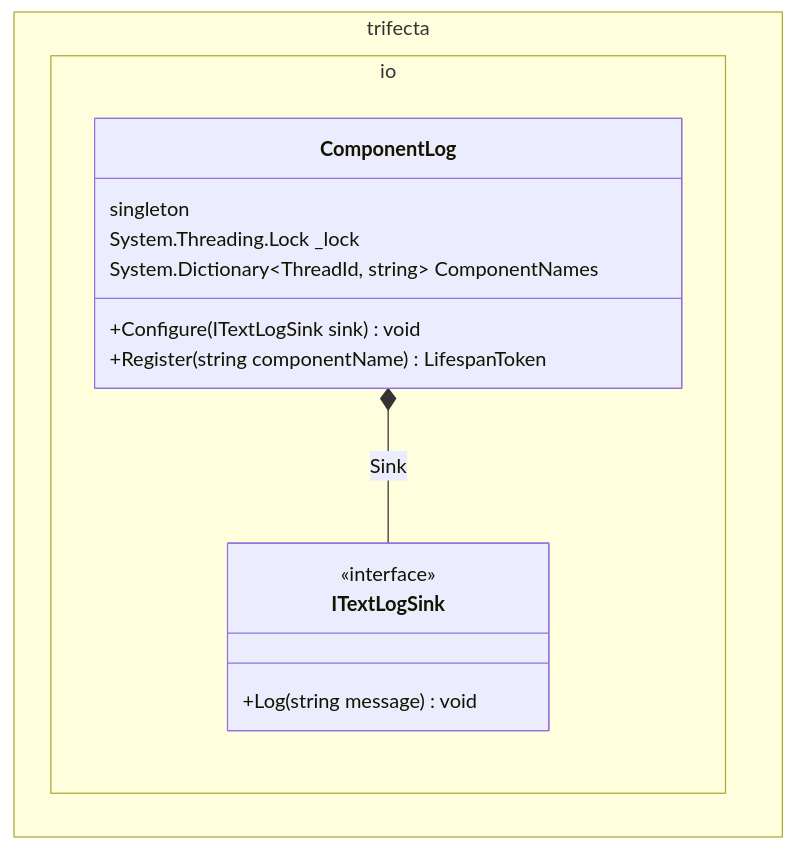
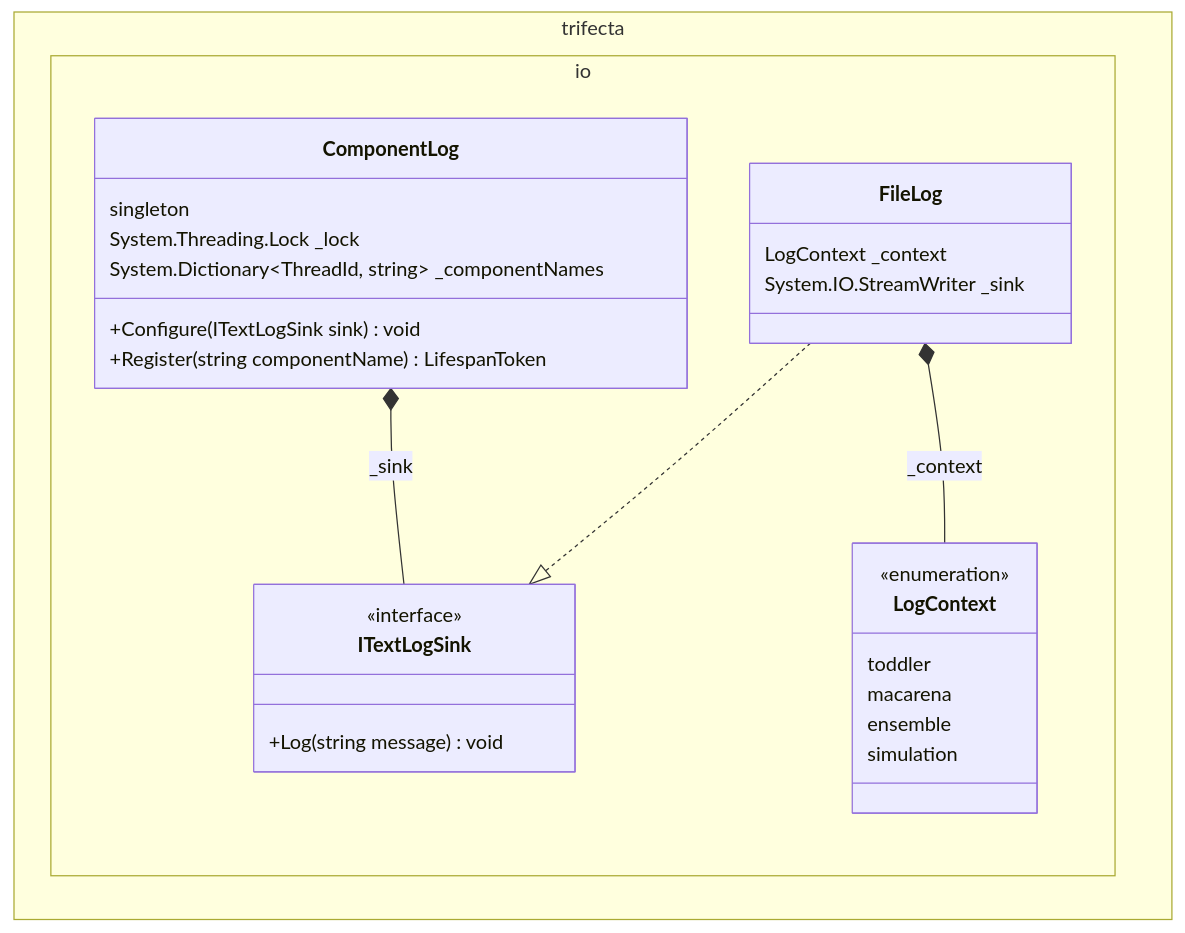
The diagram in doc/architecture/figures/io.logging.md (byron-hawkins/trifecta), drawn with Mermaid before and after one commit. The commit also changed 16 other files, not shown here.

````diff
--- a/doc/architecture/figures/io.logging.md
+++ b/doc/architecture/figures/io.logging.md
@@ -1,17 +1,30 @@
 ```mermaid
 classDiagram
 namespace trifecta.io {
   class ComponentLog {
     singleton
     System.Threading.Lock _lock
-    System.Dictionary~ThreadId, string~ ComponentNames
+    System.Dictionary~ThreadId, string~ _componentNames
     +Configure(ITextLogSink sink) void
     +Register(string componentName) LifespanToken
   }
   class ITextLogSink {
     <<interface>>
     +Log(string message) void
   }
+  class FileLog {
+    LogContext _context
+    System.IO.StreamWriter _sink
+  }
+  class LogContext {
+    <<enumeration>>
+    toddler
+    macarena
+    ensemble
+    simulation
+  }
 }
-ComponentLog *-- ITextLogSink : Sink
+ComponentLog *-- ITextLogSink : _sink
+FileLog ..|> ITextLogSink
+FileLog *-- LogContext : _context
 ```
````
